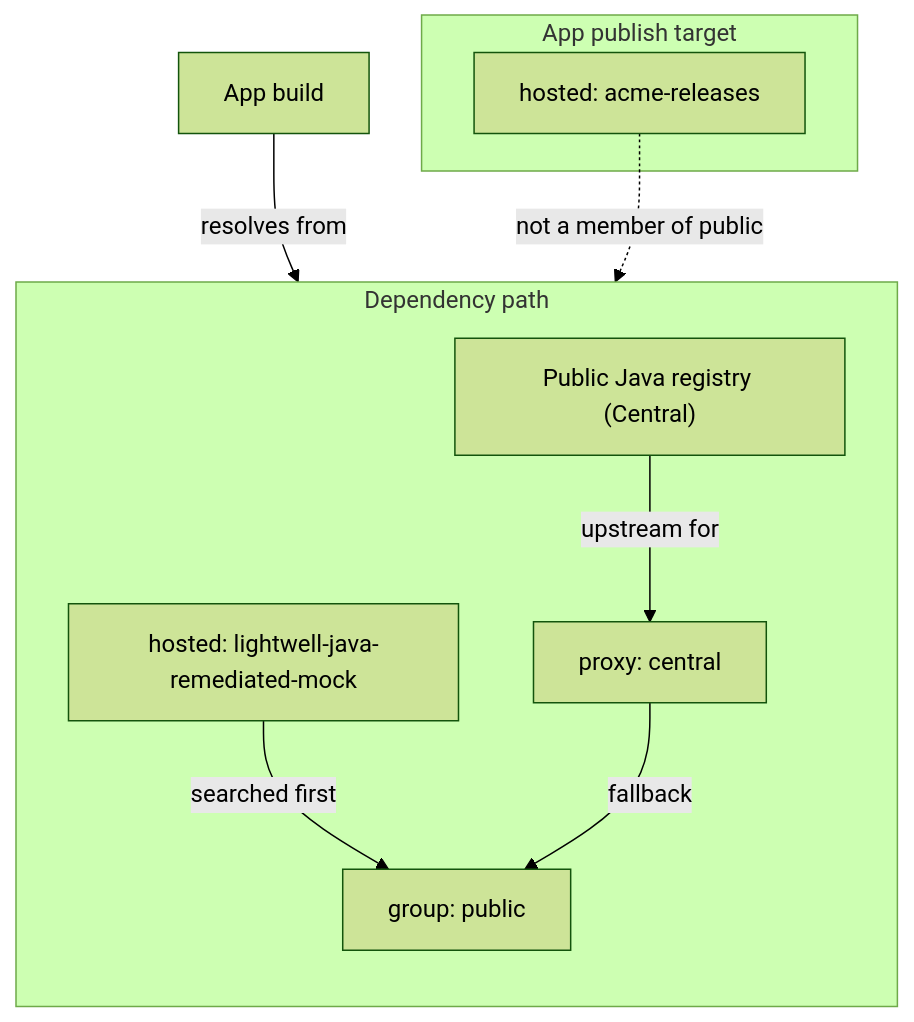
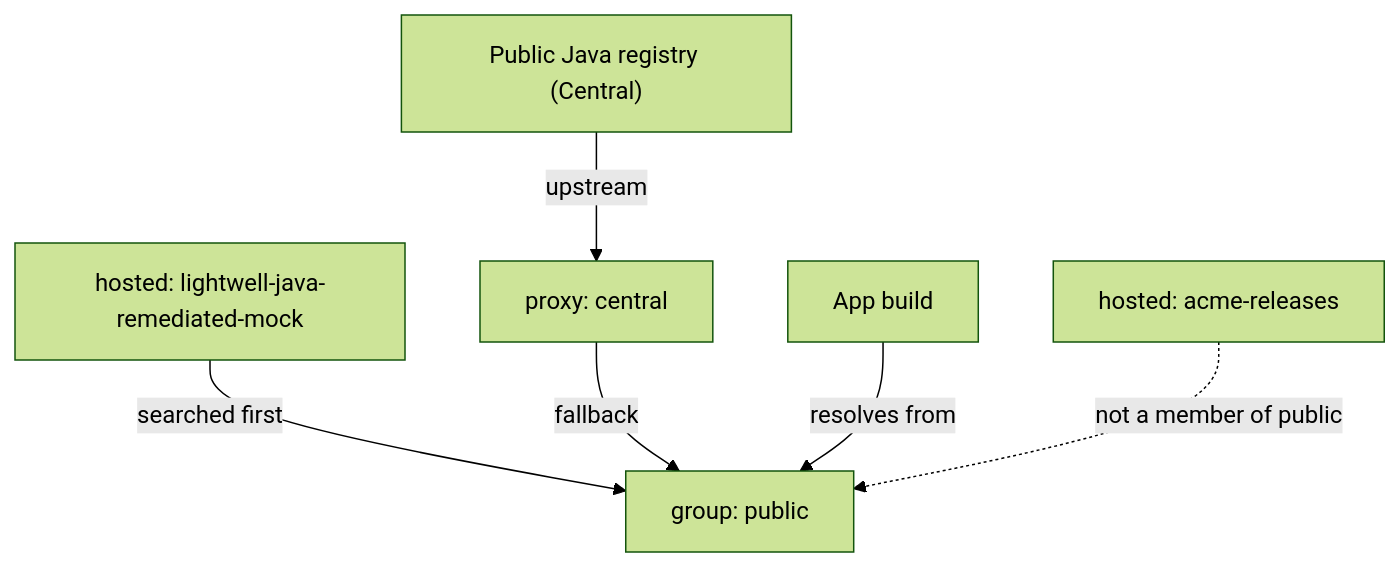
One commit to ansible-tmm/lightwell_app changed the first of 3 diagrams in README.md. Above: the diagram before and after it, drawn with Mermaid (forest theme). The commit also changed other lines of this file, not shown here.

Commit message:
Polish Mermaid diagrams: sequential demo flow and cleaner layout.

````diff
--- a/README.md
+++ b/README.md
@@ -29,20 +29,8 @@
 ```mermaid
 flowchart TB
-  subgraph dependency_path ["Dependency path"]
-    direction TB
-    CentralNet["Public Java registry (Central)"]
-    C["proxy: central"]
-    LW["hosted: lightwell-java-remediated-mock"]
-    G["group: public"]
-    CentralNet -->|"upstream for"| C
-    LW -->|"searched first"| G
-    C -->|"fallback"| G
-  end
-
-  Build["App build"] -->|"resolves from"| G
-
-  subgraph publish_target ["App publish target"]
-    APP["hosted: acme-releases"]
-  end
-  APP -.->|"not a member of public"| G
+  Central["Public Java registry (Central)"] -->|"upstream"| Proxy["proxy: central"]
+  Mock["hosted: lightwell-java-remediated-mock"] -->|"searched first"| Group["group: public"]
+  Proxy -->|"fallback"| Group
+  Build["App build"] -->|"resolves from"| Group
+  AppRepo["hosted: acme-releases"] -.->|"not a member of public"| Group
 ```
````
